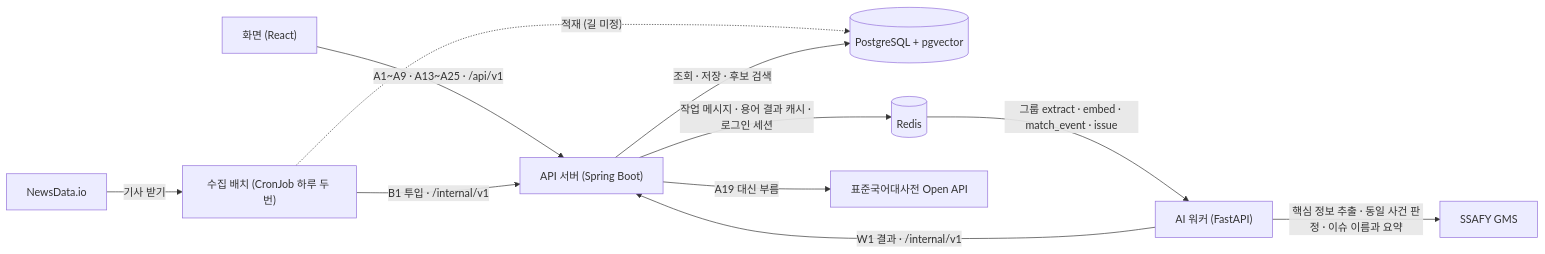
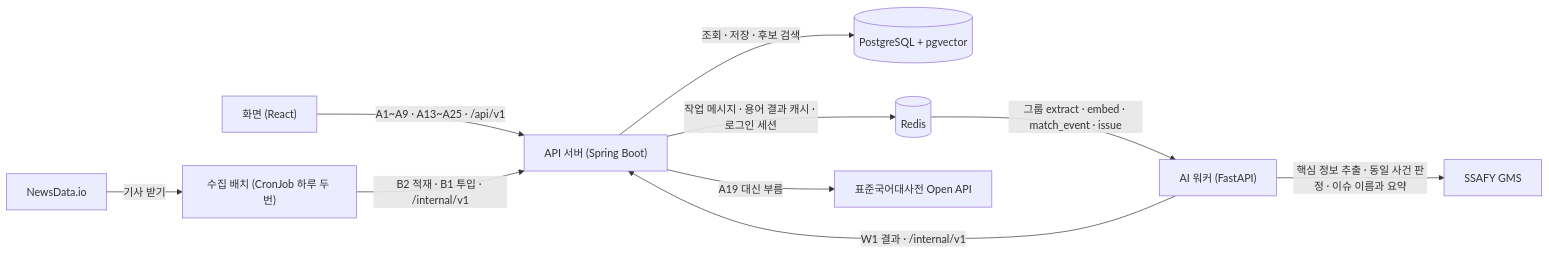
Before and after one commit to a102-NEWLEARN/NEW-LEARN: the first of 5 diagrams in docs/api.md, drawn with Mermaid. The commit also changed other lines of this file and 8 other files, not shown here.

````diff
--- a/docs/api.md
+++ b/docs/api.md
@@ -23,13 +23,12 @@
 ```mermaid
 flowchart LR
   FE["화면 (React)"] -- "A1~A9 · A13~A25 · /api/v1" --> API["API 서버 (Spring Boot)"]
   N["NewsData.io"] -- "기사 받기" --> B["수집 배치 (CronJob 하루 두 번)"]
-  B -- "B1 투입 · /internal/v1" --> API
-  B -. "적재 (길 미정)" .-> DB[("PostgreSQL + pgvector")]
-  API -- "조회 · 저장 · 후보 검색" --> DB
+  B -- "B2 적재 · B1 투입 · /internal/v1" --> API
+  API -- "조회 · 저장 · 후보 검색" --> DB[("PostgreSQL + pgvector")]
   API -- "작업 메시지 · 용어 결과 캐시 · 로그인 세션" --> R[("Redis")]
   R -- "그룹 extract · embed · match_event · issue" --> W["AI 워커 (FastAPI)"]
   W -- "W1 결과 · /internal/v1" --> API
   W -- "핵심 정보 추출 · 동일 사건 판정 · 이슈 이름과 요약" --> G["SSAFY GMS"]
   API -- "A19 대신 부름" --> D["표준국어대사전 Open API"]
 ```
````
